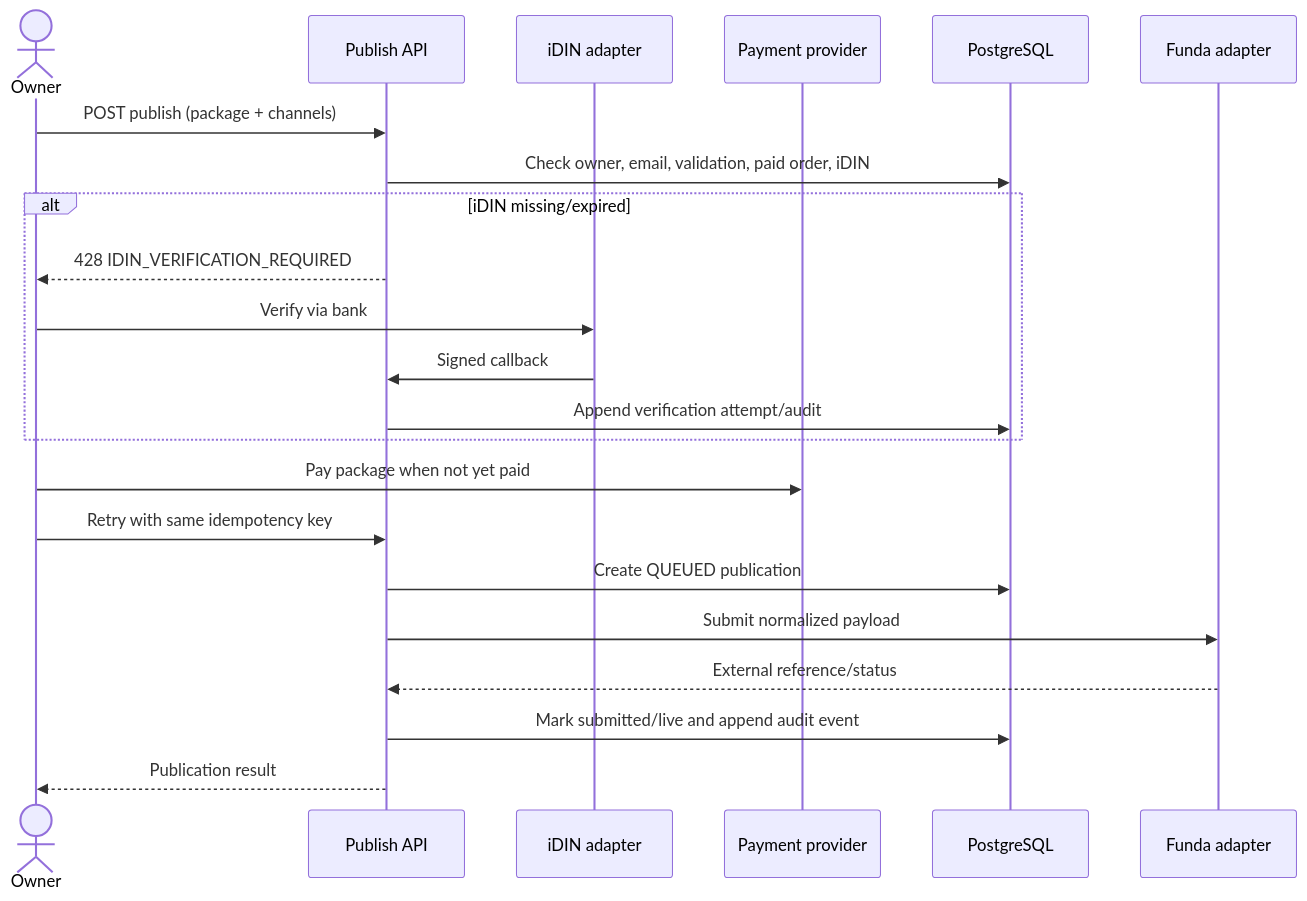
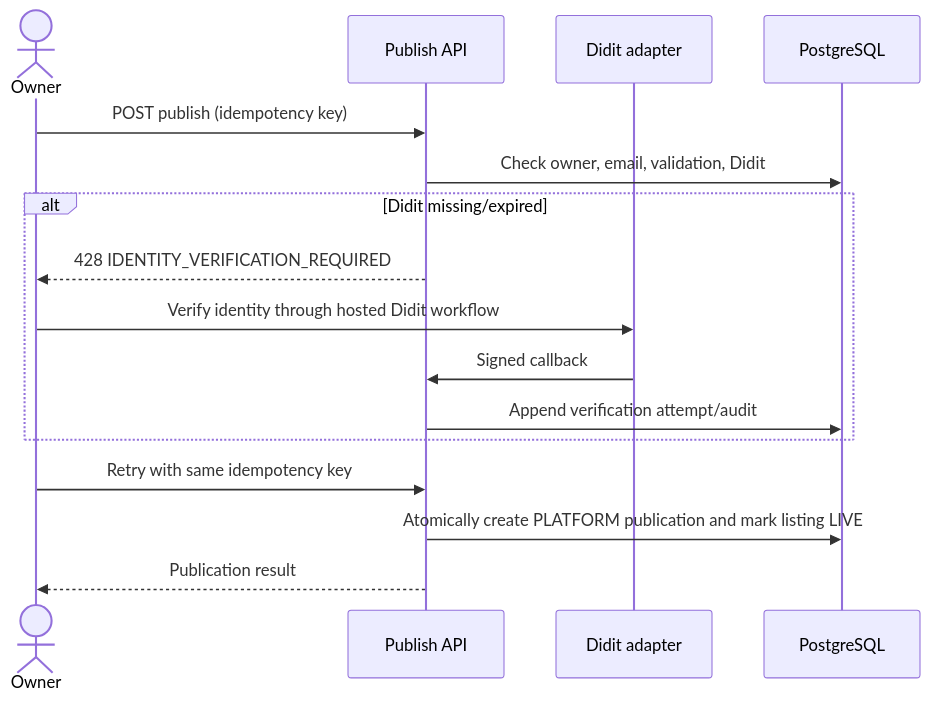
Before and after one commit to Rubinjo/zelf-wonen: the third of 4 diagrams in web/docs/architecture.md, drawn with Mermaid. The commit also changed other lines of this file and 125 other files, not shown here.

````diff
--- a/web/docs/architecture.md
+++ b/web/docs/architecture.md
@@ -88,25 +86,19 @@
 ```mermaid
 sequenceDiagram
   actor U as Owner
   participant API as Publish API
-  participant I as iDIN adapter
-  participant P as Payment provider
+  participant I as Didit adapter
   participant DB as PostgreSQL
-  participant F as Funda adapter
 
-  U->>API: POST publish (package + channels)
-  API->>DB: Check owner, email, validation, paid order, iDIN
-  alt iDIN missing/expired
-    API-->>U: 428 IDIN_VERIFICATION_REQUIRED
-    U->>I: Verify via bank
+  U->>API: POST publish (idempotency key)
+  API->>DB: Check owner, email, validation, Didit
+  alt Didit missing/expired
+    API-->>U: 428 IDENTITY_VERIFICATION_REQUIRED
+    U->>I: Verify identity through hosted Didit workflow
     I->>API: Signed callback
     API->>DB: Append verification attempt/audit
   end
-  U->>P: Pay package when not yet paid
   U->>API: Retry with same idempotency key
-  API->>DB: Create QUEUED publication
-  API->>F: Submit normalized payload
-  F-->>API: External reference/status
-  API->>DB: Mark submitted/live and append audit event
+  API->>DB: Atomically create PLATFORM publication and mark listing LIVE
   API-->>U: Publication result
 ```
````
